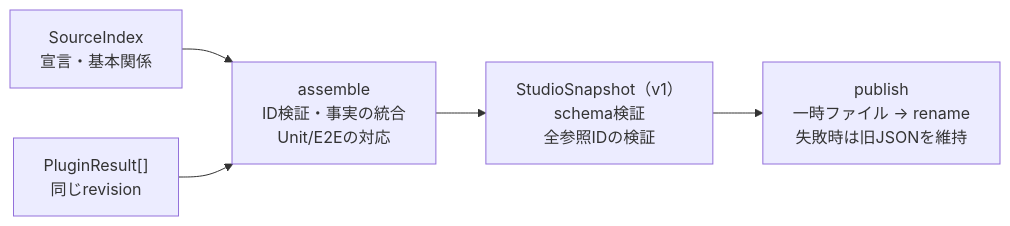
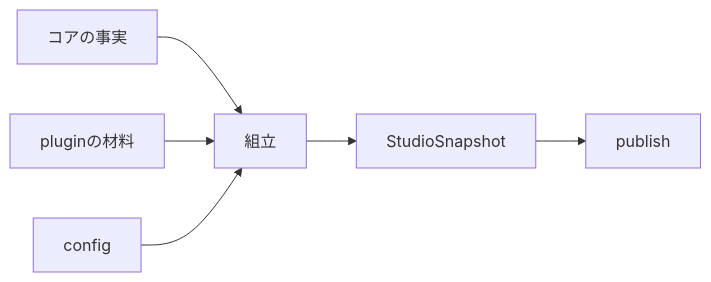
Before and after one commit to zeltjs/zelt: diagram 12 of 13 in mocks/studio-spatial/generic-extraction-design.md, drawn with Mermaid. The commit also changed other lines of this file, not shown here.

First line of the commit message:
[wip] ground studio extraction design in architect-facing policies

```diff
--- a/mocks/studio-spatial/generic-extraction-design.md
+++ b/mocks/studio-spatial/generic-extraction-design.md
@@ -1051,7 +1217,8 @@
 ~~~mermaid
 flowchart LR
-  I["SourceIndex<br/>宣言・基本関係"] --> A["assemble<br/>ID検証・事実の統合<br/>Unit/E2Eの対応"]
-  P["PluginResult[]<br/>同じrevision"] --> A
-  A --> J["StudioSnapshot（v1）<br/>schema検証<br/>全参照IDの検証"]
-  J --> O["publish<br/>一時ファイル → rename<br/>失敗時は旧JSONを維持"]
+  I["コアの事実"] --> A["組立"]
+  P["pluginの材料"] --> A
+  C["config"] --> A
+  A --> J["StudioSnapshot"]
+  J --> O["publish"]
 ~~~
```
